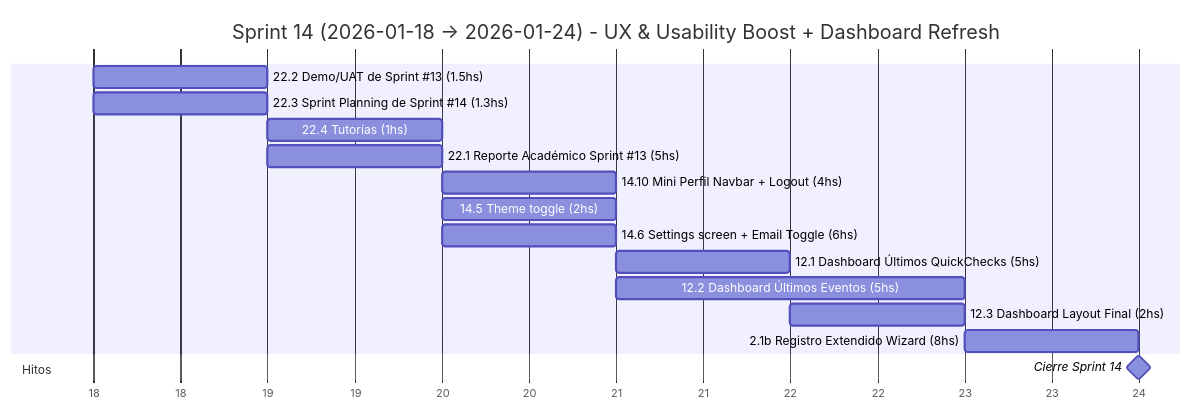
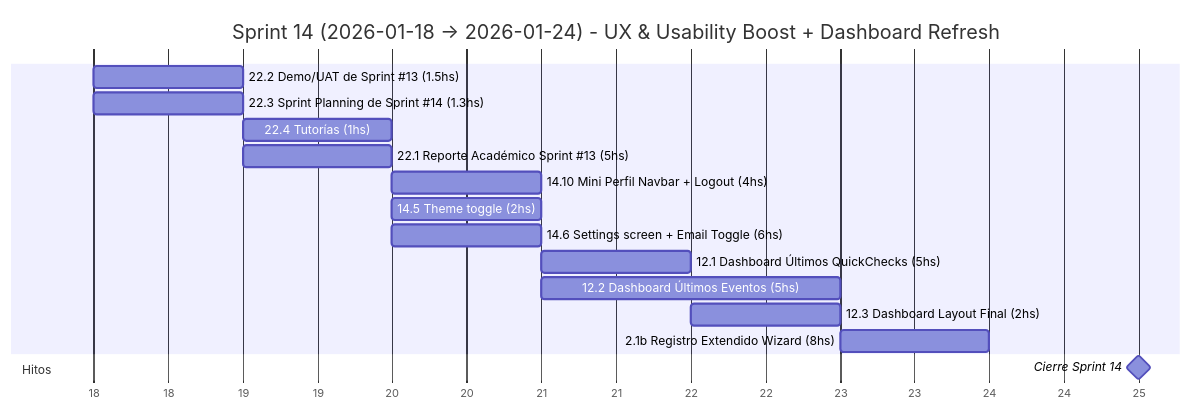
One commit to MarkMed/FleetMan changed diagram 15 of 19 in docs/SprintsGantts.md. Above: the diagram before and after it, drawn with Mermaid. The commit also changed other lines of this file and 1 other file, not shown here.

Commit message:
feat: Update sprint documentation with new sprint titles and objectives for Sprints #0 to #17

````diff
--- a/docs/SprintsGantts.md
+++ b/docs/SprintsGantts.md
@@ -452,26 +452,26 @@
 ```mermaid
 gantt
   title Sprint 14 (2026-01-18 → 2026-01-24) - UX & Usability Boost + Dashboard Refresh
   dateFormat  YYYY-MM-DD
   axisFormat  %d
 
   %% Asumimos 5 h/día. Horas estimadas incluidas en el nombre.
   %% Orden según tabla: Overhead → UX/Nav/Settings → Dashboard → Registro → Reporte
 
   22.2 Demo/UAT de Sprint #13 (1.5hs)          :t222, 2026-01-18, 1d
   22.3 Sprint Planning de Sprint #14 (1.3hs)   :t223, 2026-01-18, 1d
   22.4 Tutorías (1hs)                          :t224, 2026-01-19, 1d
   22.1 Reporte Académico Sprint #13 (5hs)      :t221, 2026-01-19, 1d
 
   14.10 Mini Perfil Navbar + Logout (4hs)      :t1410, 2026-01-20, 1d
   14.5 Theme toggle (2hs)                      :t145, 2026-01-20, 1d
   14.6 Settings screen + Email Toggle (6hs)    :t146, 2026-01-20, 1d
 
   12.1 Dashboard Últimos QuickChecks (5hs)     :t121, 2026-01-21, 1d
   12.2 Dashboard Últimos Eventos (5hs)         :t122, 2026-01-21, 2d
   12.3 Dashboard Layout Final (2hs)            :t123, 2026-01-22, 1d
   2.1b Registro Extendido Wizard (8hs)         :t21b, 2026-01-23, 1d
 
   section Hitos
-  Cierre Sprint 14                             :milestone, s14, 2026-01-24, 0d
+  Cierre Sprint 14                             :milestone, s14, 2026-01-25, 0d
 ```
````
